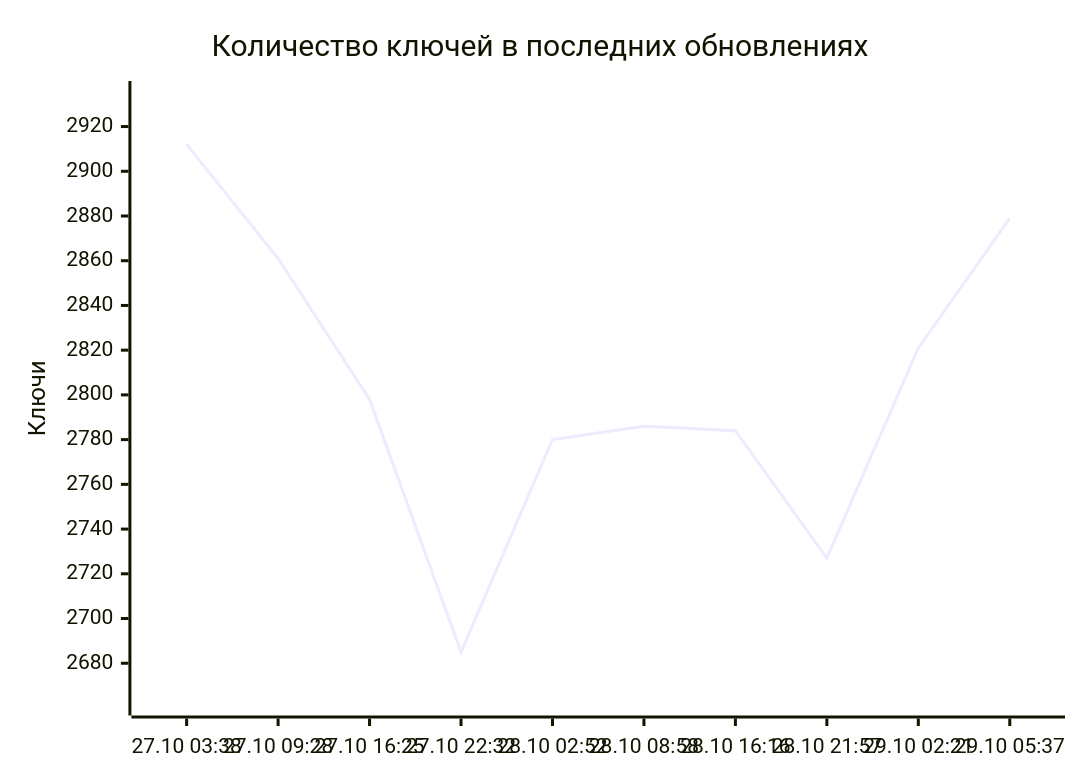
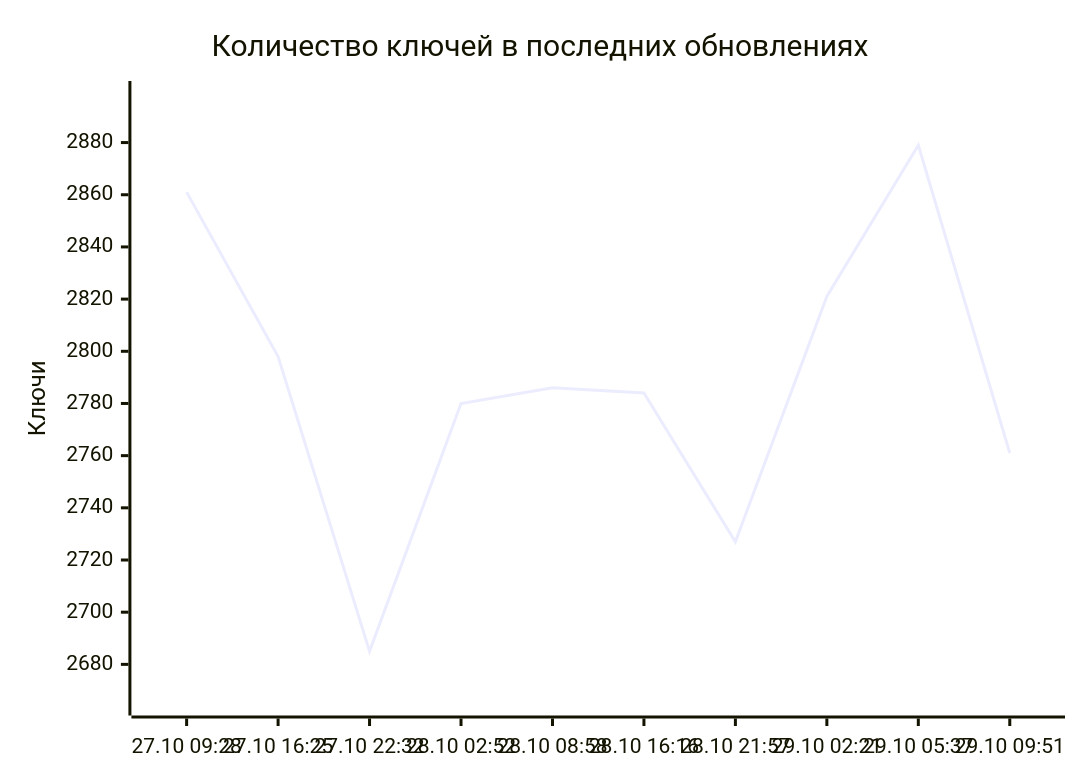
Before and after one commit to markKikhtenko/WireVeil: the diagram in README.md, drawn with Mermaid. The commit also changed other lines of this file and 12 other files, not shown here.

````diff
--- a/README.md
+++ b/README.md
@@ -55,7 +55,7 @@
 ```mermaid
 xychart-beta
     title "Количество ключей в последних обновлениях"
-    x-axis ["27.10 03:38", "27.10 09:28", "27.10 16:25", "27.10 22:32", "28.10 02:52", "28.10 08:58", "28.10 16:16", "28.10 21:57", "29.10 02:21", "29.10 05:37"]
-    y-axis "Ключи" 2662 --> 2935
-    line [2912, 2861, 2798, 2685, 2780, 2786, 2784, 2727, 2821, 2879]
+    x-axis ["27.10 09:28", "27.10 16:25", "27.10 22:32", "28.10 02:52", "28.10 08:58", "28.10 16:16", "28.10 21:57", "29.10 02:21", "29.10 05:37", "29.10 09:51"]
+    y-axis "Ключи" 2665 --> 2899
+    line [2861, 2798, 2685, 2780, 2786, 2784, 2727, 2821, 2879, 2761]
 ```
````
